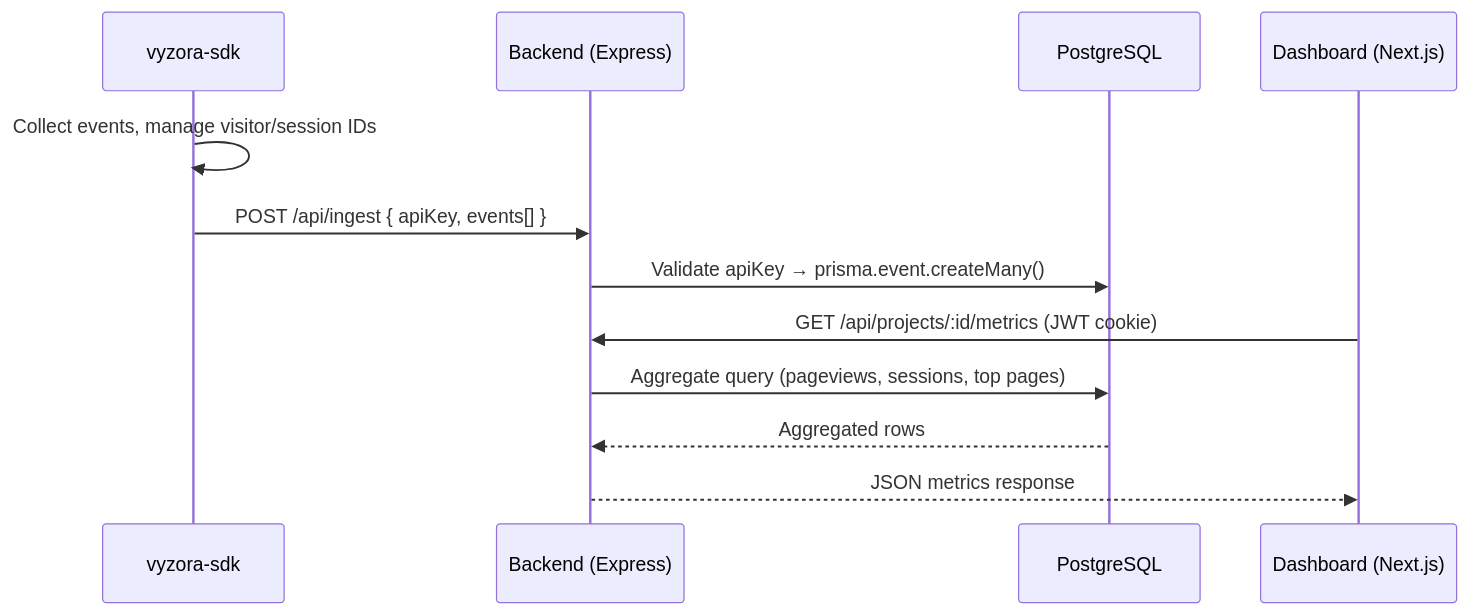
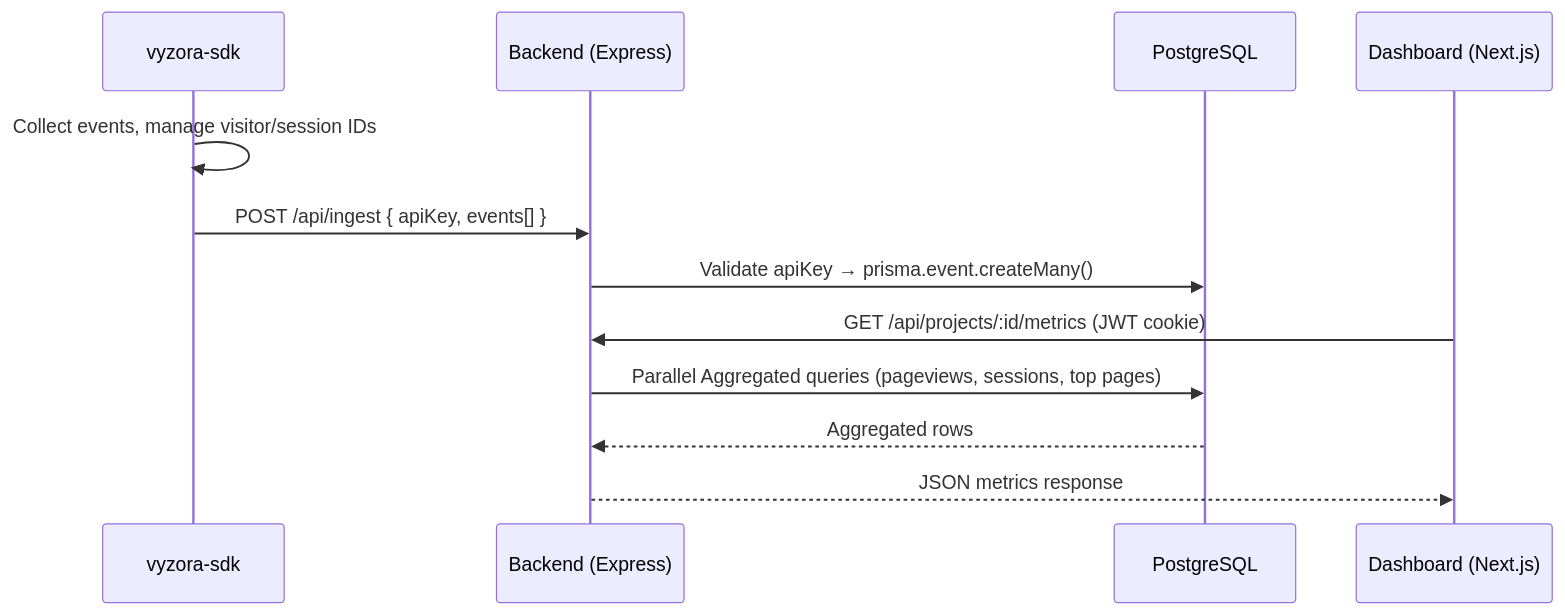
Before and after one commit to Lancerhawk/Vyzora: the second of 2 diagrams in README.md, drawn with Mermaid. The commit also changed other lines of this file, not shown here.

````diff
--- a/README.md
+++ b/README.md
@@ -55,15 +53,15 @@
 ```mermaid
 sequenceDiagram
     participant SDK as vyzora-sdk
     participant API as Backend (Express)
     participant DB as PostgreSQL
     participant UI as Dashboard (Next.js)
 
     SDK->>SDK: Collect events, manage visitor/session IDs
     SDK->>API: POST /api/ingest { apiKey, events[] }
     API->>DB: Validate apiKey → prisma.event.createMany()
     UI->>API: GET /api/projects/:id/metrics (JWT cookie)
-    API->>DB: Aggregate query (pageviews, sessions, top pages)
+    API->>DB: Parallel Aggregated queries (pageviews, sessions, top pages)
     DB-->>API: Aggregated rows
     API-->>UI: JSON metrics response
 ```
````
